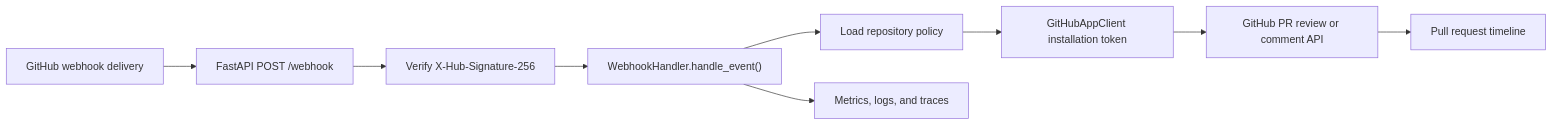
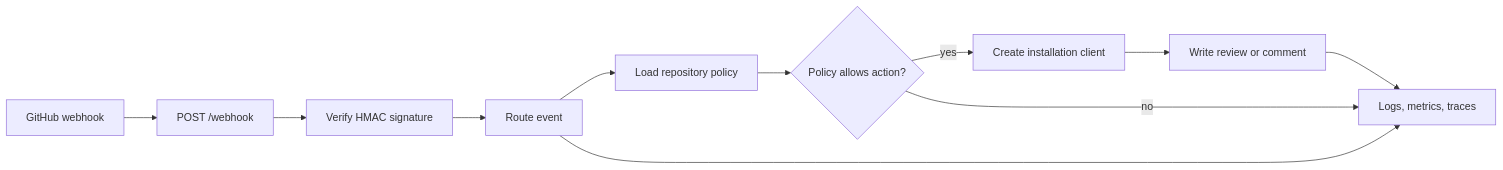
The first of 2 diagrams in docs/architecture.md (dannysauer/stampbot), drawn with Mermaid before and after one commit. The commit also changed other lines of this file and 19 other files, not shown here.

````diff
--- a/docs/architecture.md
+++ b/docs/architecture.md
@@ -12,21 +14,23 @@
 ```mermaid
 flowchart LR
-    github["GitHub webhook delivery"]
-    webhook["FastAPI POST /webhook"]
-    signature["Verify X-Hub-Signature-256"]
-    handler["WebhookHandler.handle_event()"]
+    github["GitHub webhook"]
+    http["POST /webhook"]
+    signature["Verify HMAC signature"]
+    router["Route event"]
     policy["Load repository policy"]
-    client["GitHubAppClient installation token"]
-    output["GitHub PR review or comment API"]
-    timeline["Pull request timeline"]
-    telemetry["Metrics, logs, and traces"]
+    decision{"Policy allows action?"}
+    token["Create installation client"]
+    review["Write review or comment"]
+    telemetry["Logs, metrics, traces"]
 
-    github --> webhook
-    webhook --> signature
-    signature --> handler
-    handler --> policy
-    policy --> client
-    client --> output
-    output --> timeline
-    handler --> telemetry
+    github --> http
+    http --> signature
+    signature --> router
+    router --> policy
+    policy --> decision
+    decision -->|yes| token
+    token --> review
+    decision -->|no| telemetry
+    router --> telemetry
+    review --> telemetry
 ```
````
